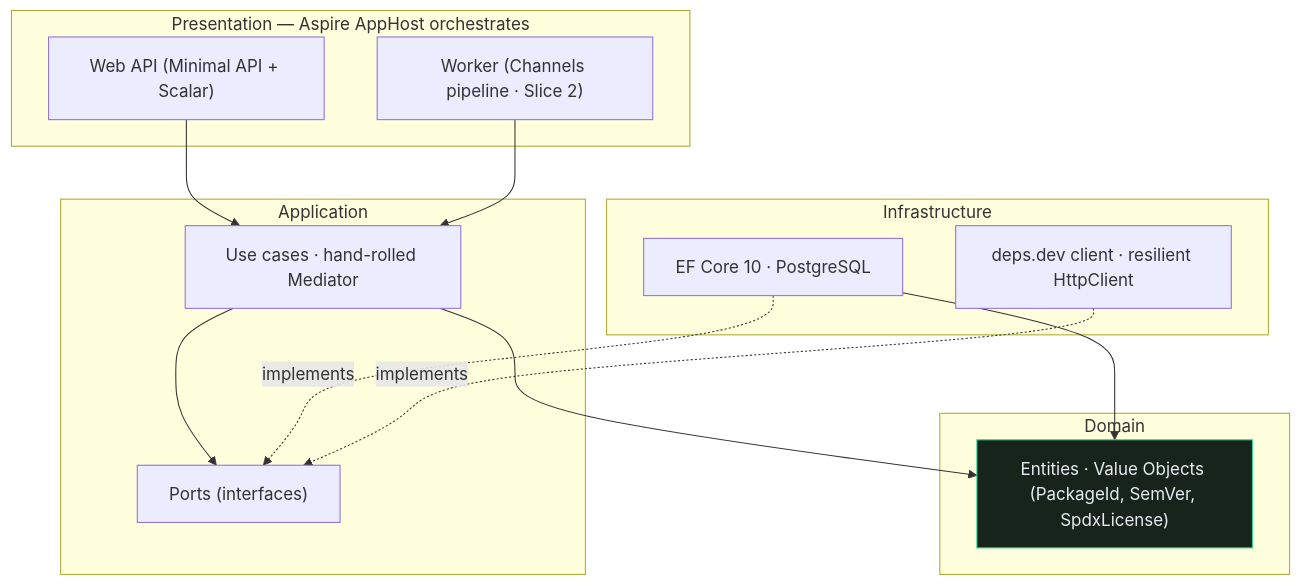
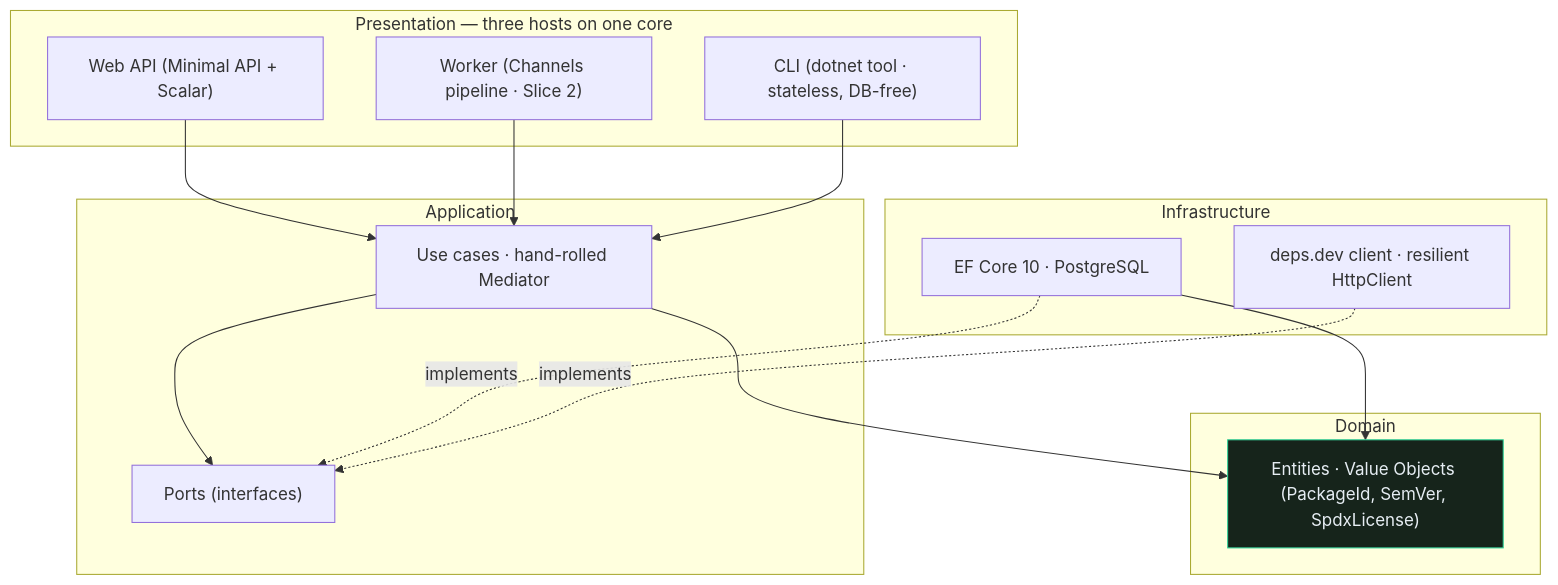
One commit to AdrianDeutsch/DepRadar changed the first of 2 diagrams in README.md. Above: the diagram before and after it, drawn with Mermaid. The commit also changed other lines of this file and 33 other files, not shown here.

First line of the commit message:
feat: standalone CLI (dotnet tool) + policy gate + upgrade-impact diff

````diff
--- a/README.md
+++ b/README.md
@@ -78,29 +87,31 @@
 ```mermaid
 flowchart TB
-    subgraph P["Presentation — Aspire AppHost orchestrates"]
+    subgraph P["Presentation — three hosts on one core"]
         API["Web API (Minimal API + Scalar)"]
         WK["Worker (Channels pipeline · Slice 2)"]
+        CLI["CLI (dotnet tool · stateless, DB-free)"]
     end
     subgraph I["Infrastructure"]
         EF["EF Core 10 · PostgreSQL"]
         DEPS["deps.dev client · resilient HttpClient"]
     end
     subgraph A["Application"]
         UC["Use cases · hand-rolled Mediator"]
         PORTS["Ports (interfaces)"]
     end
     subgraph D["Domain"]
         MODEL["Entities · Value Objects (PackageId, SemVer, SpdxLicense)"]
     end
 
     API --> UC
     WK --> UC
+    CLI --> UC
     UC --> PORTS
     UC --> MODEL
     EF -. implements .-> PORTS
     DEPS -. implements .-> PORTS
     EF --> MODEL
 
     classDef domain fill:#16241b,stroke:#34d399,color:#e6edf3;
     class MODEL domain;
 ```
````
